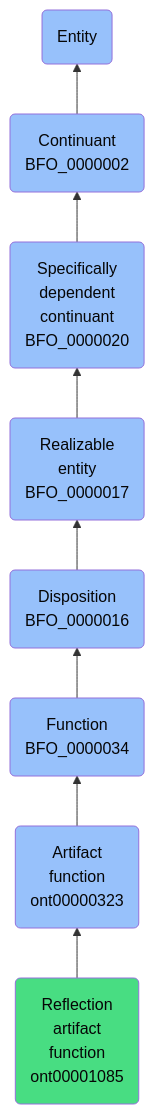
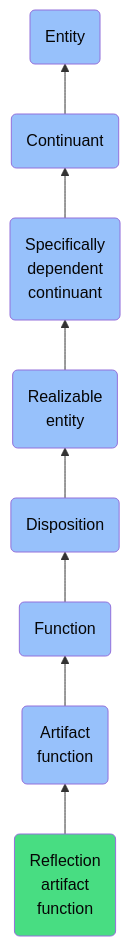
One commit to jupyter-naas/abi changed the diagram in docs/ontology/reference/model/Entity/Continuant/Specifically dependent continuant/Realizable entity/Disposition/Function/Artifact function/Reflection artifact function/Reflection artifact function.md. Above: the diagram before and after it, drawn with Mermaid. The commit also changed other lines of this file and 1430 other files, not shown here.

````diff
--- a/docs/ontology/reference/model/Entity/Continuant/Specifically dependent continuant/Realizable entity/Disposition/Function/Artifact function/Reflection artifact function/Reflection artifact function.md
+++ b/docs/ontology/reference/model/Entity/Continuant/Specifically dependent continuant/Realizable entity/Disposition/Function/Artifact function/Reflection artifact function/Reflection artifact function.md
@@ -24,15 +24,15 @@
 ```mermaid
 graph BT
-    ont00001085(Reflection<br>artifact<br>function<br>ont00001085):::ABI-->ont00000323
-    ont00000323(Artifact<br>function<br>ont00000323):::BFO-->BFO_0000034
-    BFO_0000034(Function<br>BFO_0000034):::BFO-->BFO_0000016
-    BFO_0000016(Disposition<br>BFO_0000016):::BFO-->BFO_0000017
-    BFO_0000017(Realizable<br>entity<br>BFO_0000017):::BFO-->BFO_0000020
-    BFO_0000020(Specifically<br>dependent<br>continuant<br>BFO_0000020):::BFO-->BFO_0000002
-    BFO_0000002(Continuant<br>BFO_0000002):::BFO-->BFO_0000001
+    ont00001085(Reflection<br>artifact<br>function):::ABI-->ont00000323
+    ont00000323(Artifact<br>function):::BFO-->BFO_0000034
+    BFO_0000034(Function):::BFO-->BFO_0000016
+    BFO_0000016(Disposition):::BFO-->BFO_0000017
+    BFO_0000017(Realizable<br>entity):::BFO-->BFO_0000020
+    BFO_0000020(Specifically<br>dependent<br>continuant):::BFO-->BFO_0000002
+    BFO_0000002(Continuant):::BFO-->BFO_0000001
     BFO_0000001(Entity):::BFO
     
     classDef BFO fill:#97c1fb,color:#060606
     classDef CCO fill:#e4c51e,color:#060606
     classDef ABI fill:#48DD82,color:#060606
 ```
````
